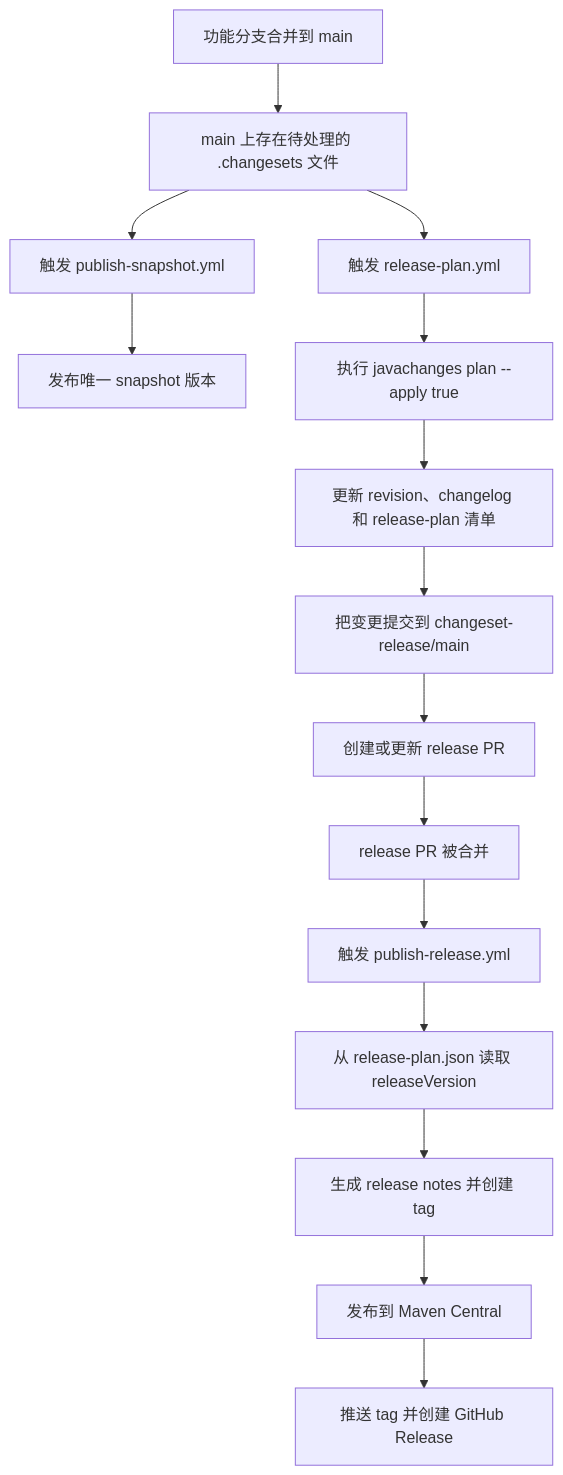
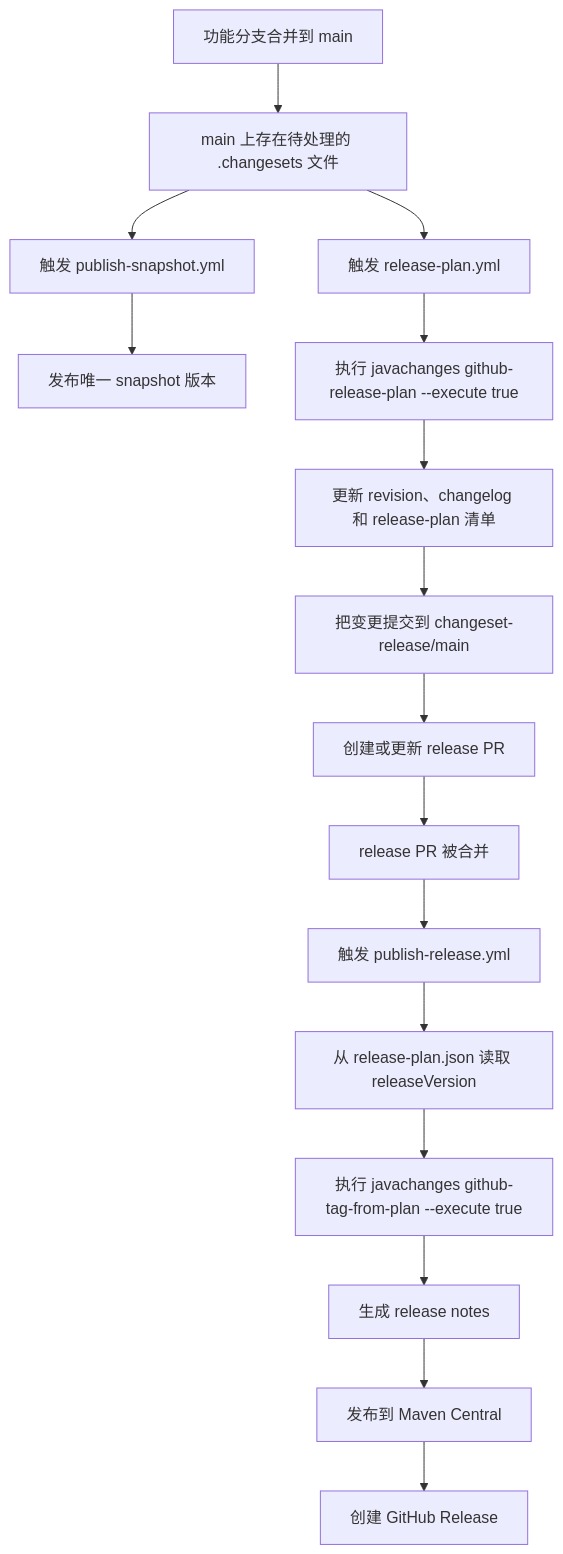
One commit to sonofmagic/javachanges changed the diagram in docs/github-actions-release.zh-CN.md. Above: the diagram before and after it, drawn with Mermaid. The commit also changed other lines of this file and 22 other files, not shown here.

Commit message:
feat: simplify github release automation

````diff
--- a/docs/github-actions-release.zh-CN.md
+++ b/docs/github-actions-release.zh-CN.md
@@ -21,17 +21,18 @@
 ```mermaid
 flowchart TD
   A[功能分支合并到 main] --> B[main 上存在待处理的 .changesets 文件]
   B --> S[触发 publish-snapshot.yml]
   S --> T[发布唯一 snapshot 版本]
   B --> C[触发 release-plan.yml]
-  C --> D[执行 javachanges plan --apply true]
+  C --> D[执行 javachanges github-release-plan --execute true]
   D --> E[更新 revision、changelog 和 release-plan 清单]
   E --> F[把变更提交到 changeset-release/main]
   F --> G[创建或更新 release PR]
   G --> H[release PR 被合并]
   H --> I[触发 publish-release.yml]
   I --> J[从 release-plan.json 读取 releaseVersion]
-  J --> K[生成 release notes 并创建 tag]
-  K --> L[发布到 Maven Central]
-  L --> M[推送 tag 并创建 GitHub Release]
+  J --> K[执行 javachanges github-tag-from-plan --execute true]
+  K --> L[生成 release notes]
+  L --> M[发布到 Maven Central]
+  M --> N[创建 GitHub Release]
 ```
````
